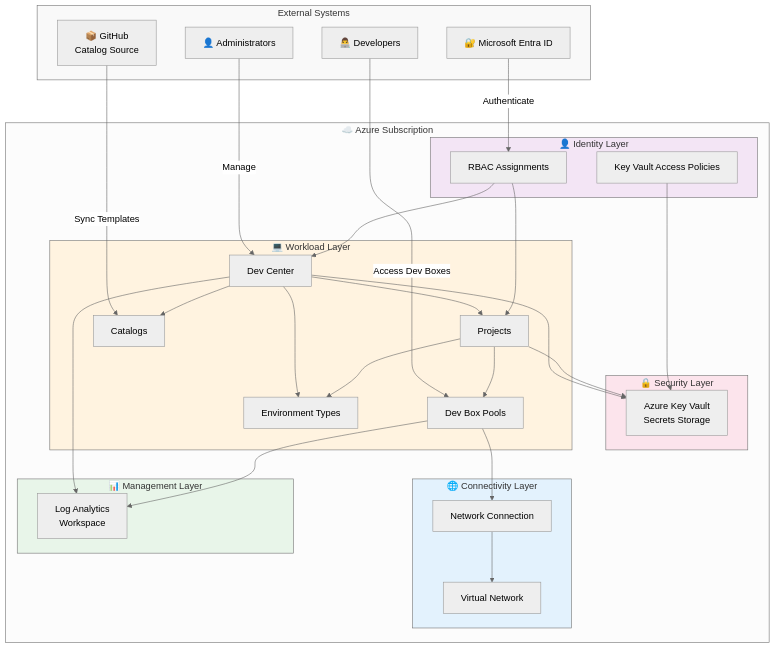
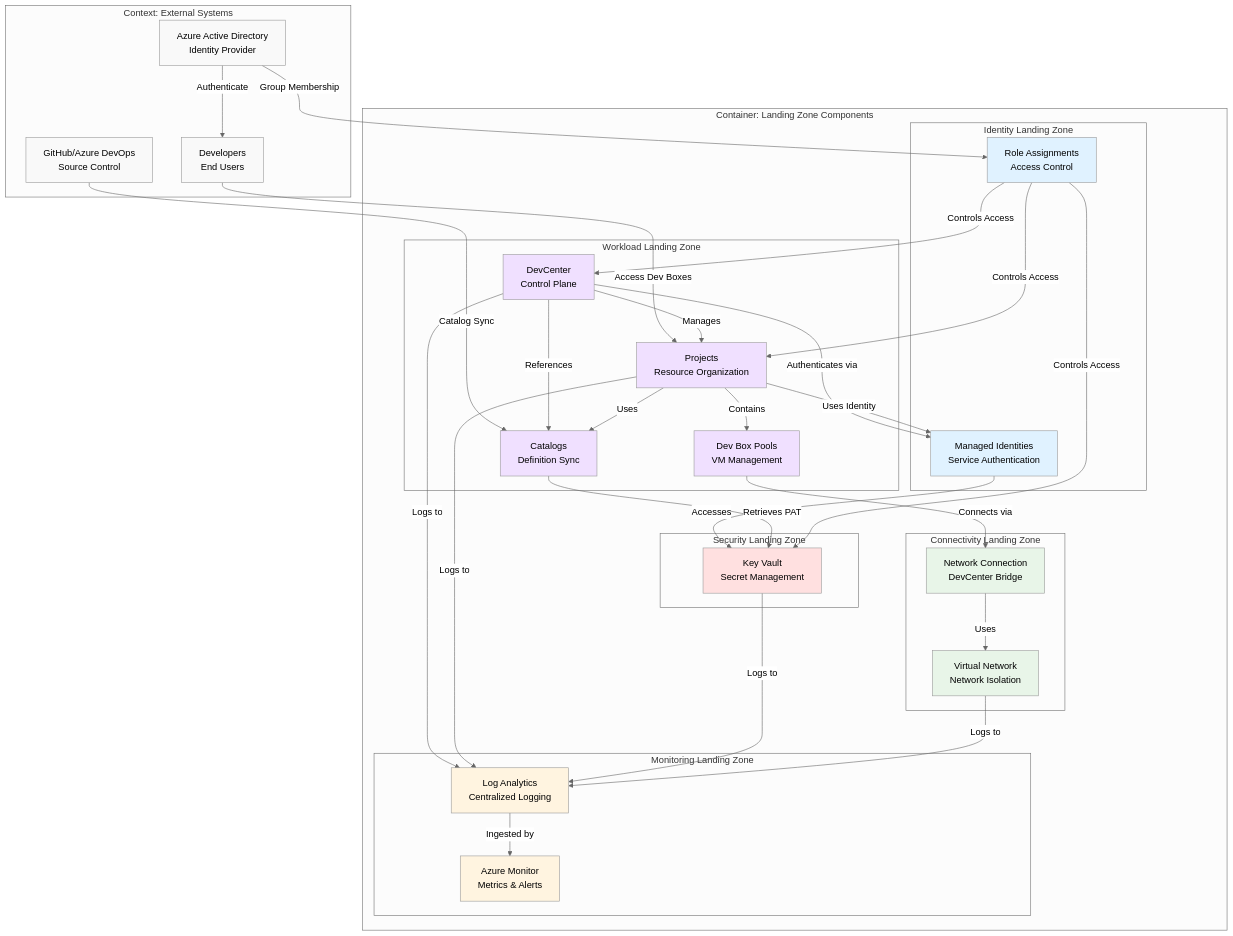
Before and after one commit to Evilazaro/DevExp-DevBox: the second of 3 diagrams in README.md, drawn with Mermaid (neutral theme). The commit also changed other lines of this file, not shown here.

````diff
--- a/README.md
+++ b/README.md
@@ -232,68 +248,76 @@
 ```mermaid
 graph TB
-    subgraph External["External Systems"]
-        DEV[👨‍💻 Developers]
-        ADMIN[👤 Administrators]
-        GH[📦 GitHub<br/>Catalog Source]
-        AAD[🔐 Microsoft Entra ID]
+    subgraph "Context: External Systems"
+        GH[GitHub/Azure DevOps<br/>Source Control]
+        AAD[Azure Active Directory<br/>Identity Provider]
+        DEV[Developers<br/>End Users]
     end
     
-    subgraph Azure["☁️ Azure Subscription"]
-        subgraph Connectivity["🌐 Connectivity Layer"]
-            VNET[Virtual Network]
-            NC[Network Connection]
+    subgraph "Container: Landing Zone Components"
+        subgraph "Security Landing Zone"
+            KV[Key Vault<br/>Secret Management]
         end
         
-        subgraph Identity["👤 Identity Layer"]
-            RBAC[RBAC Assignments]
-            KVA[Key Vault Access Policies]
+        subgraph "Monitoring Landing Zone"
+            LA[Log Analytics<br/>Centralized Logging]
+            MON[Azure Monitor<br/>Metrics & Alerts]
         end
         
-        subgraph Security["🔒 Security Layer"]
-            KV[Azure Key Vault<br/>Secrets Storage]
+        subgraph "Identity Landing Zone"
+            MI[Managed Identities<br/>Service Authentication]
+            RBAC[Role Assignments<br/>Access Control]
         end
         
-        subgraph Management["📊 Management Layer"]
-            LA[Log Analytics<br/>Workspace]
+        subgraph "Connectivity Landing Zone"
+            VNET[Virtual Network<br/>Network Isolation]
+            NC[Network Connection<br/>DevCenter Bridge]
         end
         
-        subgraph Workload["💻 Workload Layer"]
-            DC[Dev Center]
-            PROJ[Projects]
-            POOL[Dev Box Pools]
-            CAT[Catalogs]
-            ET[Environment Types]
+        subgraph "Workload Landing Zone"
+            DC[DevCenter<br/>Control Plane]
+            PROJ[Projects<br/>Resource Organization]
+            CAT[Catalogs<br/>Definition Sync]
+            POOL[Dev Box Pools<br/>VM Management]
         end
     end
     
-    DEV -->|Access Dev Boxes| POOL
-    ADMIN -->|Manage| DC
-    GH -->|Sync Templates| CAT
-    AAD -->|Authenticate| RBAC
+    DEV -->|Access Dev Boxes| PROJ
+    AAD -->|Authenticate| DEV
+    AAD -->|Group Membership| RBAC
+    GH -->|Catalog Sync| CAT
     
-    DC --> PROJ
-    PROJ --> POOL
-    DC --> CAT
-    DC --> ET
-    PROJ --> ET
+    DC -->|Manages| PROJ
+    DC -->|References| CAT
+    PROJ -->|Contains| POOL
+    PROJ -->|Uses| CAT
     
-    POOL --> NC
-    NC --> VNET
+    DC -->|Authenticates via| MI
+    PROJ -->|Uses Identity| MI
+    MI -->|Accesses| KV
+    CAT -->|Retrieves PAT| KV
     
-    DC --> KV
-    PROJ --> KV
+    POOL -->|Connects via| NC
+    NC -->|Uses| VNET
     
-    DC --> LA
-    POOL --> LA
+    DC & PROJ & KV & VNET -->|Logs to| LA
+    LA -->|Ingested by| MON
     
-    RBAC --> DC
-    RBAC --> PROJ
-    KVA --> KV
+    RBAC -->|Controls Access| DC
+    RBAC -->|Controls Access| PROJ
+    RBAC -->|Controls Access| KV
     
-    style External fill:#f9f9f9
-    style Connectivity fill:#e3f2fd
-    style Identity fill:#f3e5f5
-    style Security fill:#fce4ec
-    style Management fill:#e8f5e9
-    style Workload fill:#fff3e0
+    style GH fill:#f9f9f9
+    style AAD fill:#f9f9f9
+    style DEV fill:#f9f9f9
+    style KV fill:#ffe0e0
+    style LA fill:#fff4e0
+    style MON fill:#fff4e0
+    style MI fill:#e0f2ff
+    style RBAC fill:#e0f2ff
+    style VNET fill:#e8f5e8
+    style NC fill:#e8f5e8
+    style DC fill:#f0e0ff
+    style PROJ fill:#f0e0ff
+    style CAT fill:#f0e0ff
+    style POOL fill:#f0e0ff
 ```
````
